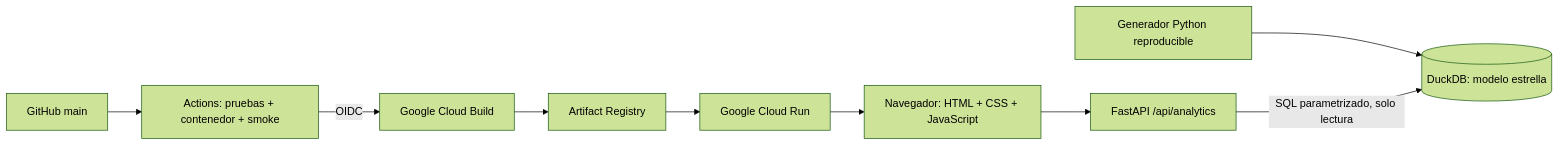
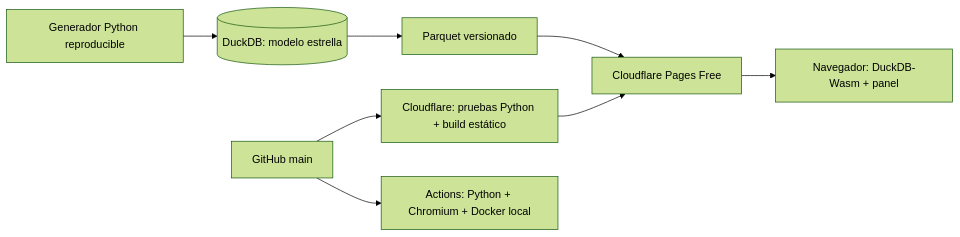
One commit to Abel-GG-777/olap-analytics-duckdb changed the diagram in README.md. Above: the diagram before and after it, drawn with Mermaid (forest theme). The commit also changed other lines of this file and 6 other files, not shown here.

Commit message:
Track portable Parquet snapshot and document free browser architecture

````diff
--- a/README.md
+++ b/README.md
@@ -19,11 +35,10 @@
 ```mermaid
 flowchart LR
   G[Generador Python reproducible] --> D[(DuckDB: modelo estrella)]
-  U[Navegador: HTML + CSS + JavaScript] --> A[FastAPI /api/analytics]
-  A -->|SQL parametrizado, solo lectura| D
-  H[GitHub main] --> T[Actions: pruebas + contenedor + smoke]
-  T -->|OIDC| B[Google Cloud Build]
-  B --> R[Artifact Registry]
-  R --> C[Google Cloud Run]
-  C --> U
+  D --> P[Parquet versionado]
+  H[GitHub main] --> T[Cloudflare: pruebas Python + build estático]
+  T --> C[Cloudflare Pages Free]
+  P --> C
+  C --> U[Navegador: DuckDB-Wasm + panel]
+  H --> V[Actions: Python + Chromium + Docker local]
 ```
````
